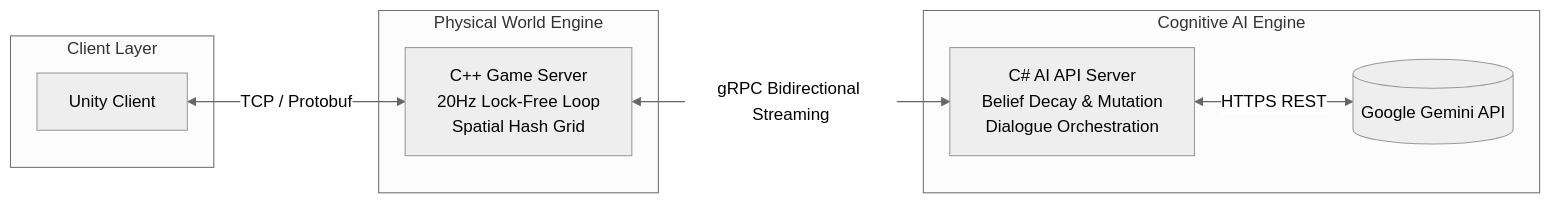
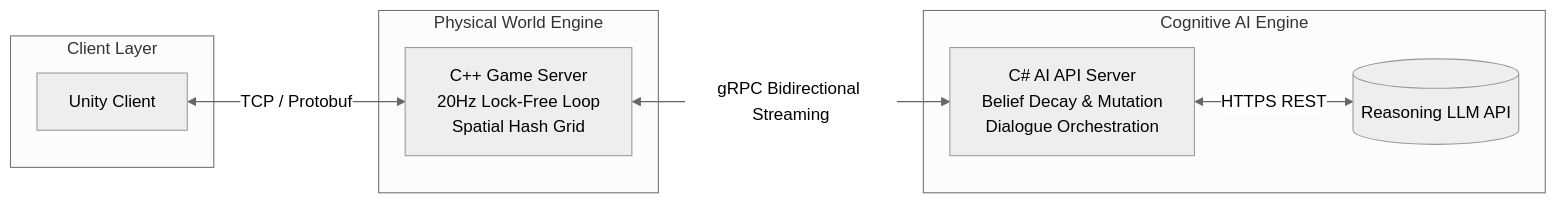
Before and after one commit to jin20203458/jin20203458: the second of 2 diagrams in README.md, drawn with Mermaid (neutral theme). The commit also changed other lines of this file, not shown here.

````diff
--- a/README.md
+++ b/README.md
@@ -87,19 +72,19 @@
 ```mermaid
 graph LR
     subgraph Client Layer
         Unity[Unity Client]
     end
 
     subgraph Physical World Engine
         CPP[C++ Game Server<br/>20Hz Lock-Free Loop<br/>Spatial Hash Grid]
     end
 
     subgraph Cognitive AI Engine
         CS[C# AI API Server<br/>Belief Decay & Mutation<br/>Dialogue Orchestration]
-        LLM[(Google Gemini API)]
+        LLM[(Reasoning LLM API)]
     end
 
     Unity <-->|TCP / Protobuf| CPP
     CPP <-->|gRPC Bidirectional Streaming| CS
     CS <-->|HTTPS REST| LLM
 ```
````
